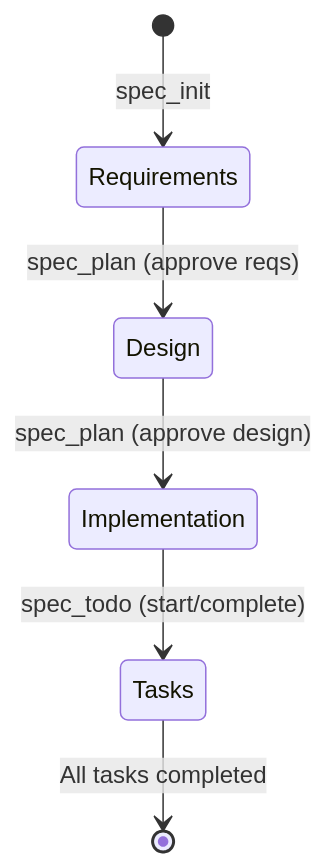
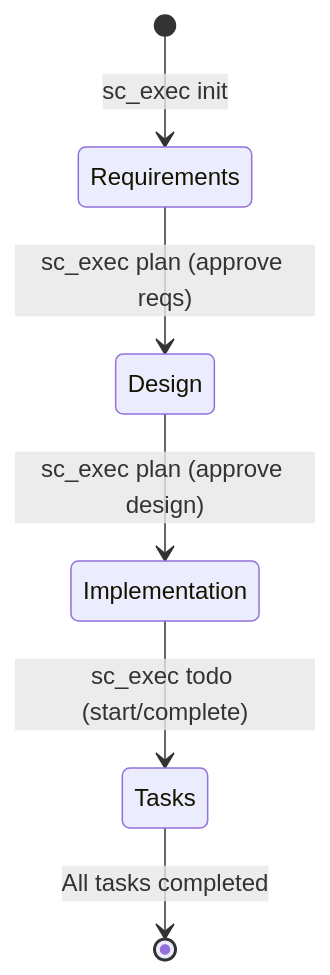
Before and after one commit to benjamesmurray/mcp-spec-cli: the diagram in README.md, drawn with Mermaid. The commit also changed other lines of this file and 7 other files, not shown here.

First line of the commit message:
feat: refactor MCP architecture to Agent-Native (Zero-Shot) pattern

````diff
--- a/README.md
+++ b/README.md
@@ -22,8 +22,8 @@
 ```mermaid
 stateDiagram-v2
-    [*] --> Requirements: spec_init
-    Requirements --> Design: spec_plan (approve reqs)
-    Design --> Implementation: spec_plan (approve design)
-    Implementation --> Tasks: spec_todo (start/complete)
+    [*] --> Requirements: sc_exec init
+    Requirements --> Design: sc_exec plan (approve reqs)
+    Design --> Implementation: sc_exec plan (approve design)
+    Implementation --> Tasks: sc_exec todo (start/complete)
     Tasks --> [*]: All tasks completed
 ```
````
